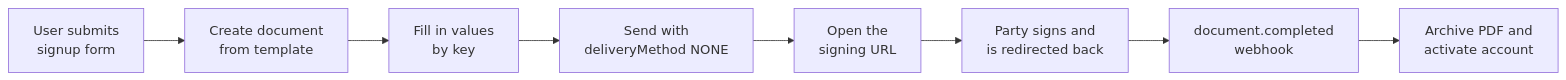
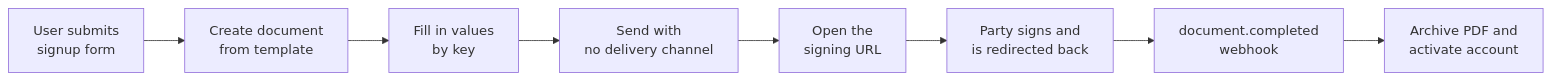
Before and after one commit to sajn-se/sajn-docs: the diagram in guides/documents/onboarding-signing-flow.mdx, drawn with Mermaid. The commit also changed other lines of this file and 42 other files, not shown here.

````diff
--- a/guides/documents/onboarding-signing-flow.mdx
+++ b/guides/documents/onboarding-signing-flow.mdx
@@ -13,10 +13,10 @@
 ```mermaid
 graph LR
     A[User submits<br/>signup form] --> B[Create document<br/>from template]
     B --> C[Fill in values<br/>by key]
-    C --> D[Send with<br/>deliveryMethod NONE]
+    C --> D[Send with<br/>no delivery channel]
     D --> E[Open the<br/>signing URL]
     E --> F[Party signs and<br/>is redirected back]
     F --> G[document.completed<br/>webhook]
     G --> H[Archive PDF and<br/>activate account]
 ```
````
